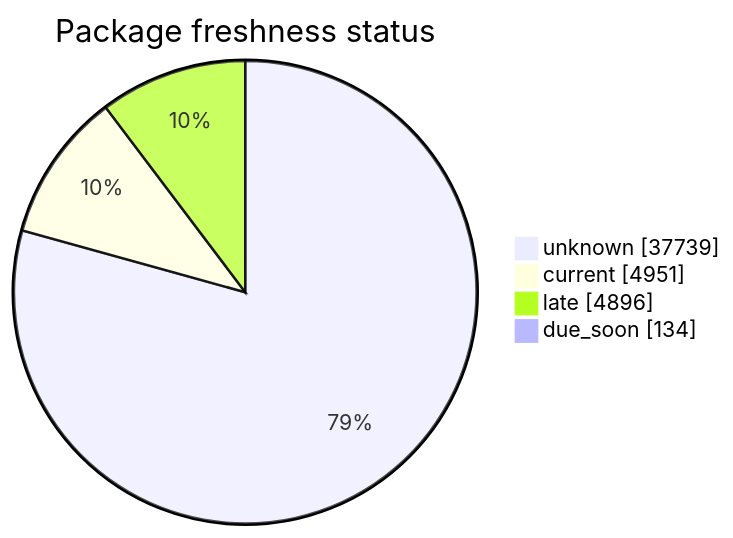
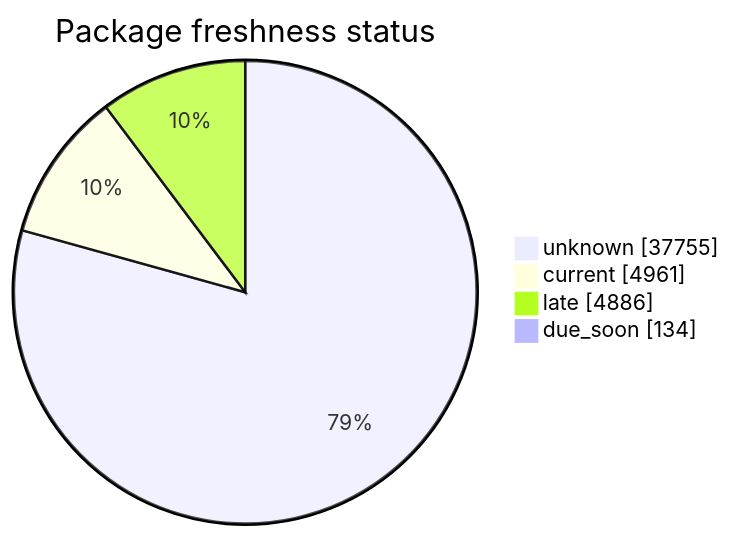
Before and after one commit to open-data/analytics-corporate-reporting: the second of 5 diagrams in FreshCheck/README.md, drawn with Mermaid. The commit also changed other lines of this file and 3 other files, not shown here.

````diff
--- a/FreshCheck/README.md
+++ b/FreshCheck/README.md
@@ -68,7 +68,7 @@
 ```mermaid
 pie showData title Package freshness status
-    "unknown": 37739
-    "current": 4951
-    "late": 4896
+    "unknown": 37755
+    "current": 4961
+    "late": 4886
     "due_soon": 134
 ```
````
